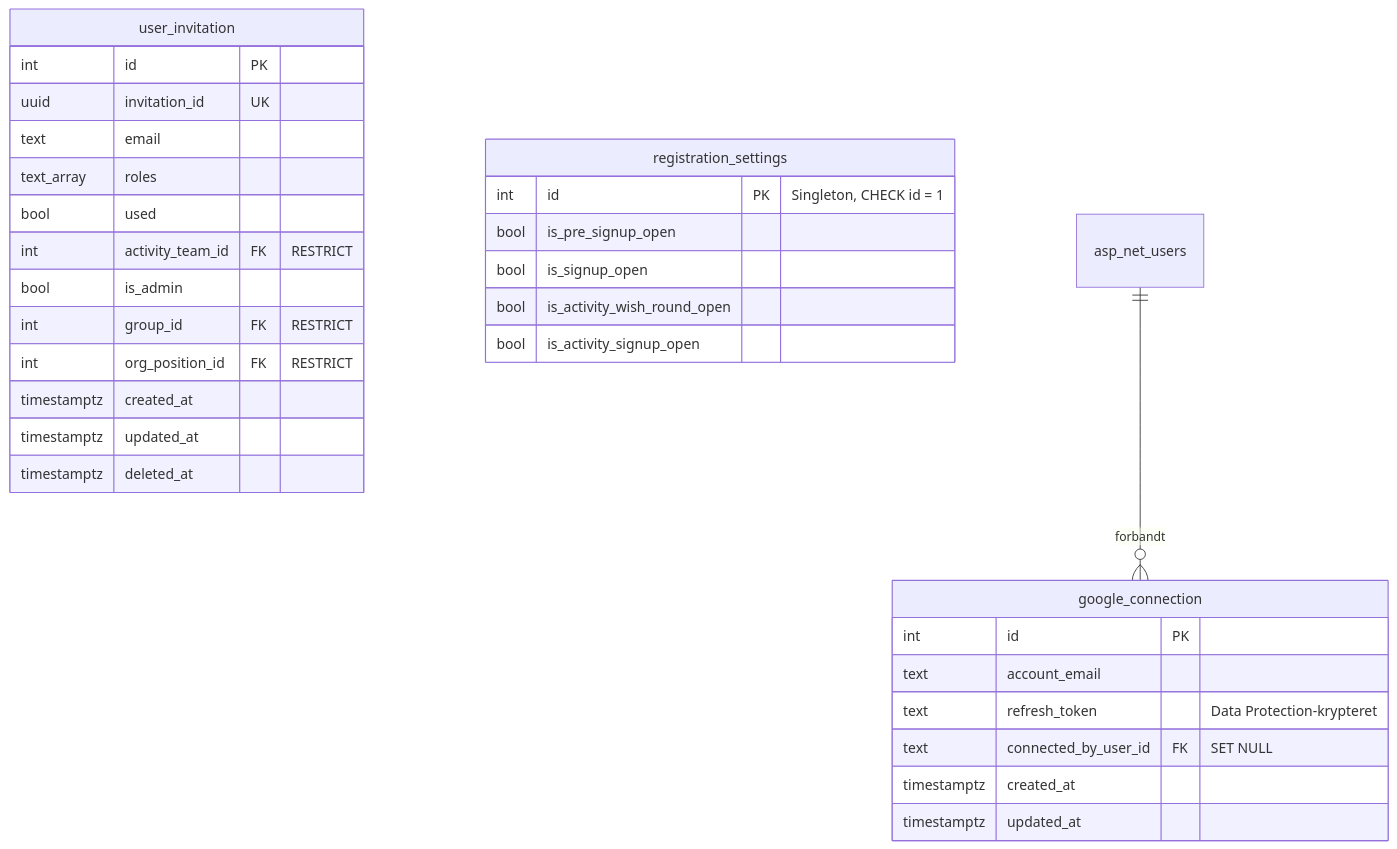
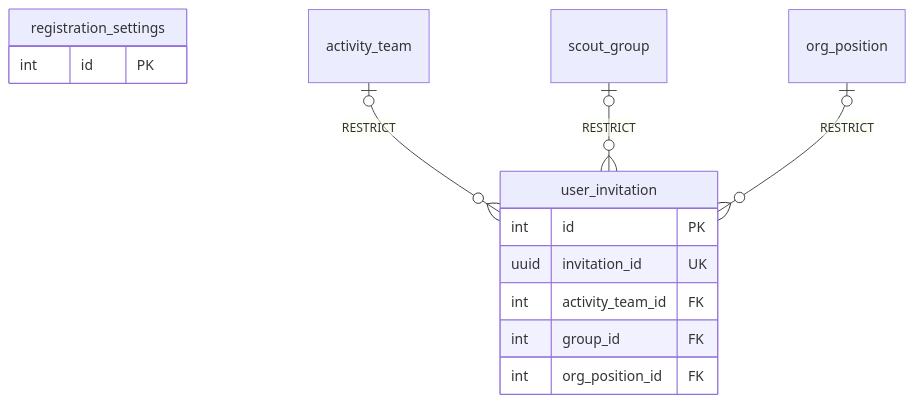
The sixth of 11 diagrams in docs/database.md (smallbenji/DS28-website), drawn with Mermaid before and after one commit. The commit also changed other lines of this file and 2 other files, not shown here.

````diff
--- a/docs/database.md
+++ b/docs/database.md
@@ -388,36 +948,17 @@
 ```mermaid
 erDiagram
     user_invitation {
         int id PK
         uuid invitation_id UK
-        text email
-        text_array roles
-        bool used
-        int activity_team_id FK "RESTRICT"
-        bool is_admin
-        int group_id FK "RESTRICT"
-        int org_position_id FK "RESTRICT"
-        timestamptz created_at
-        timestamptz updated_at
-        timestamptz deleted_at
+        int activity_team_id FK
+        int group_id FK
+        int org_position_id FK
+    }
+    registration_settings {
+        int id PK
     }
 
-    registration_settings {
-        int id PK "Singleton, CHECK id = 1"
-        bool is_pre_signup_open
-        bool is_signup_open
-        bool is_activity_wish_round_open
-        bool is_activity_signup_open
-    }
-
-    google_connection {
-        int id PK
-        text account_email
-        text refresh_token "Data Protection-krypteret"
-        text connected_by_user_id FK "SET NULL"
-        timestamptz created_at
-        timestamptz updated_at
-    }
-
-    asp_net_users ||--o{ google_connection : "forbandt"
+    activity_team |o--o{ user_invitation : "RESTRICT"
+    scout_group |o--o{ user_invitation : "RESTRICT"
+    org_position |o--o{ user_invitation : "RESTRICT"
 ```
````
